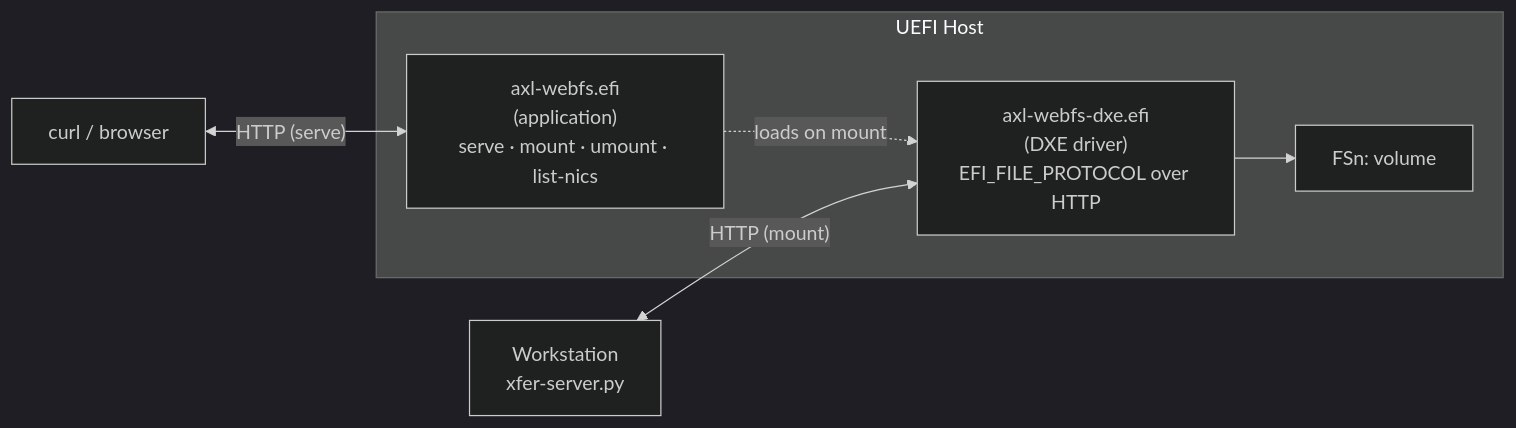
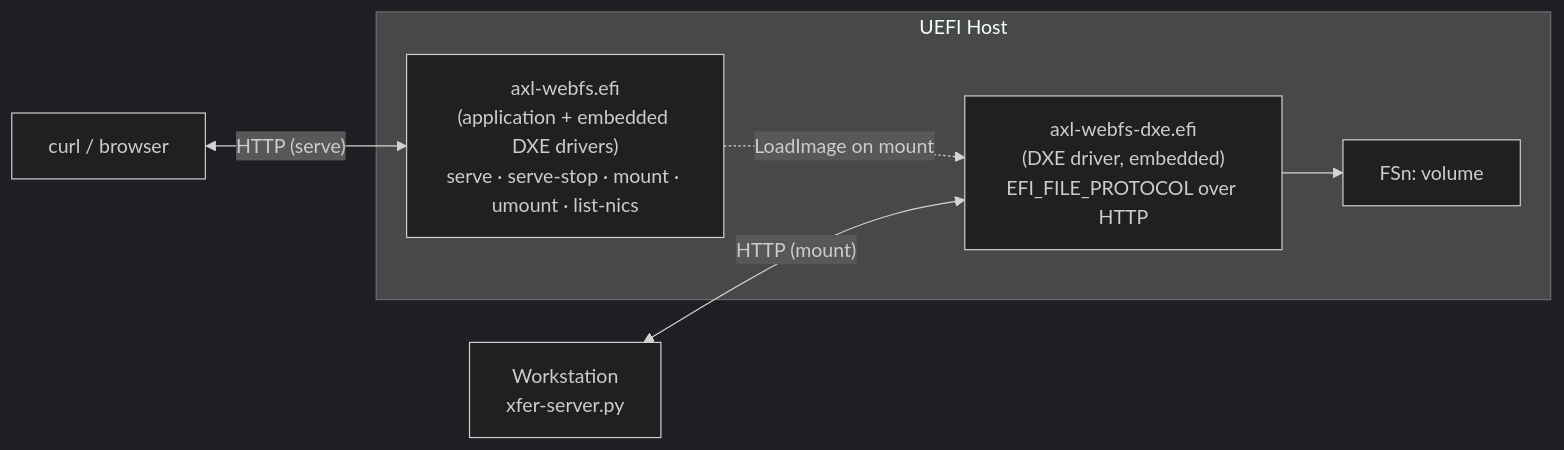
One commit to aximcode/axl-webfs changed the diagram in README.md. Above: the diagram before and after it, drawn with Mermaid (dark theme). The commit also changed other lines of this file and 4 other files, not shown here.

First line of the commit message:
mount: embed axl-webfs-dxe.efi via axl-cc --embed; LoadImage from buffer

````diff
--- a/README.md
+++ b/README.md
@@ -94,16 +98,16 @@
 ```mermaid
 flowchart LR
     WS["Workstation<br/>xfer-server.py"]
     CURL["curl / browser"]
 
     subgraph UEFI["UEFI Host"]
-        APP["axl-webfs.efi<br/>(application)<br/>serve · mount · umount · list-nics"]
-        DXE["axl-webfs-dxe.efi<br/>(DXE driver)<br/>EFI_FILE_PROTOCOL over HTTP"]
+        APP["axl-webfs.efi<br/>(application + embedded DXE drivers)<br/>serve · serve-stop · mount · umount · list-nics"]
+        DXE["axl-webfs-dxe.efi<br/>(DXE driver, embedded)<br/>EFI_FILE_PROTOCOL over HTTP"]
         FS["FSn: volume"]
-        APP -. "loads on mount" .-> DXE
+        APP -. "LoadImage on mount" .-> DXE
         DXE --> FS
     end
 
     WS <-->|"HTTP (mount)"| DXE
     CURL <-->|"HTTP (serve)"| APP
 ```
````
